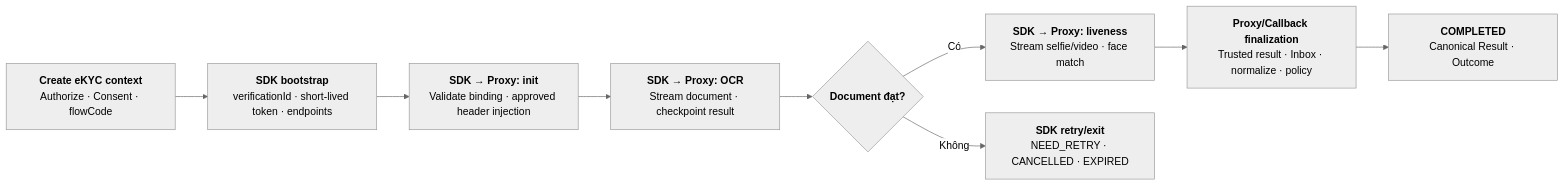
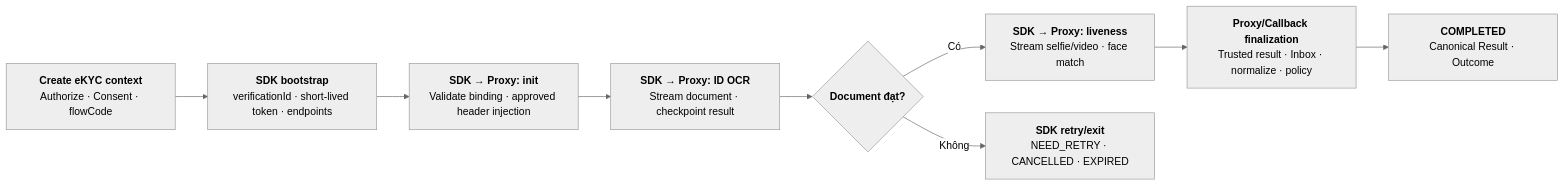
One commit to huynv-xyz/vhm changed the sixth of 8 diagrams in noxh-ekyc.md. Above: the diagram before and after it, drawn with Mermaid (neutral theme). The commit also changed other lines of this file, not shown here.

````diff
--- a/noxh-ekyc.md
+++ b/noxh-ekyc.md
@@ -388,24 +388,24 @@
 ```mermaid
 flowchart LR
     CREATE["`**Create eKYC context**
 Authorize · Consent · flowCode`"]
     BOOTSTRAP["`**SDK bootstrap**
 verificationId · short-lived token · endpoints`"]
     INIT["`**SDK → Proxy: init**
 Validate binding · approved header injection`"]
-    OCR["`**SDK → Proxy: OCR**
+    OCR["`**SDK → Proxy: ID OCR**
 Stream document · checkpoint result`"]
     DOC_CHECK{"`**Document đạt?**`"}
     LIVE["`**SDK → Proxy: liveness**
 Stream selfie/video · face match`"]
     FINAL["`**Proxy/Callback finalization**
 Trusted result · Inbox · normalize · policy`"]
     DONE["`**COMPLETED**
 Canonical Result · Outcome`"]
     RETRY["`**SDK retry/exit**
 NEED_RETRY · CANCELLED · EXPIRED`"]
 
     CREATE --> BOOTSTRAP --> INIT --> OCR --> DOC_CHECK
     DOC_CHECK -->|"Có"| LIVE --> FINAL --> DONE
     DOC_CHECK -->|"Không"| RETRY
 ```
````
